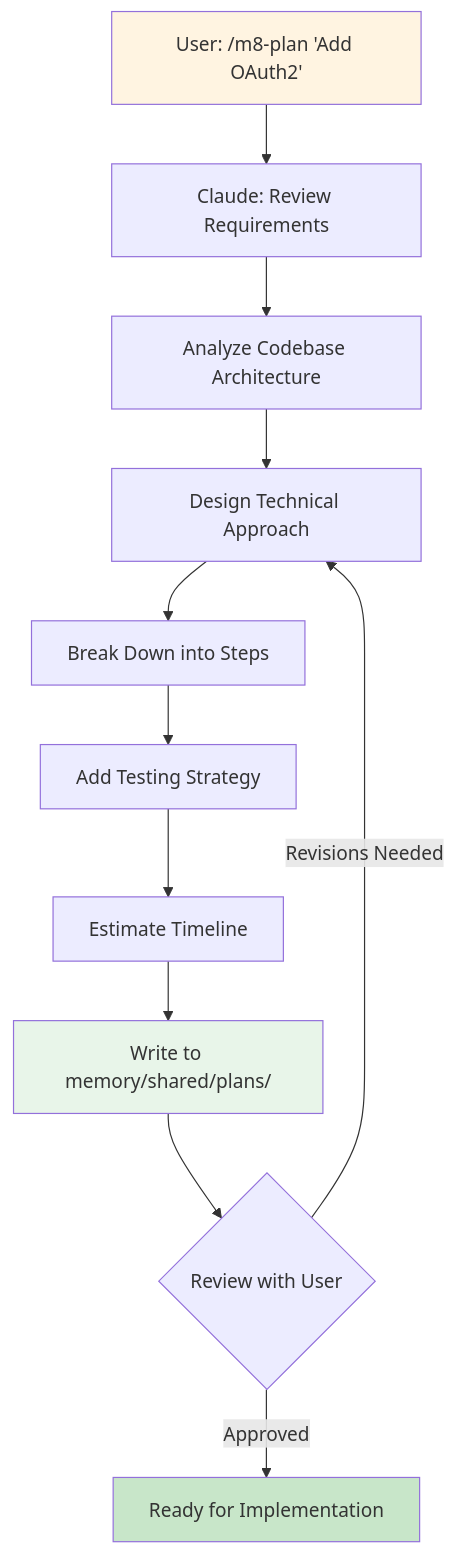
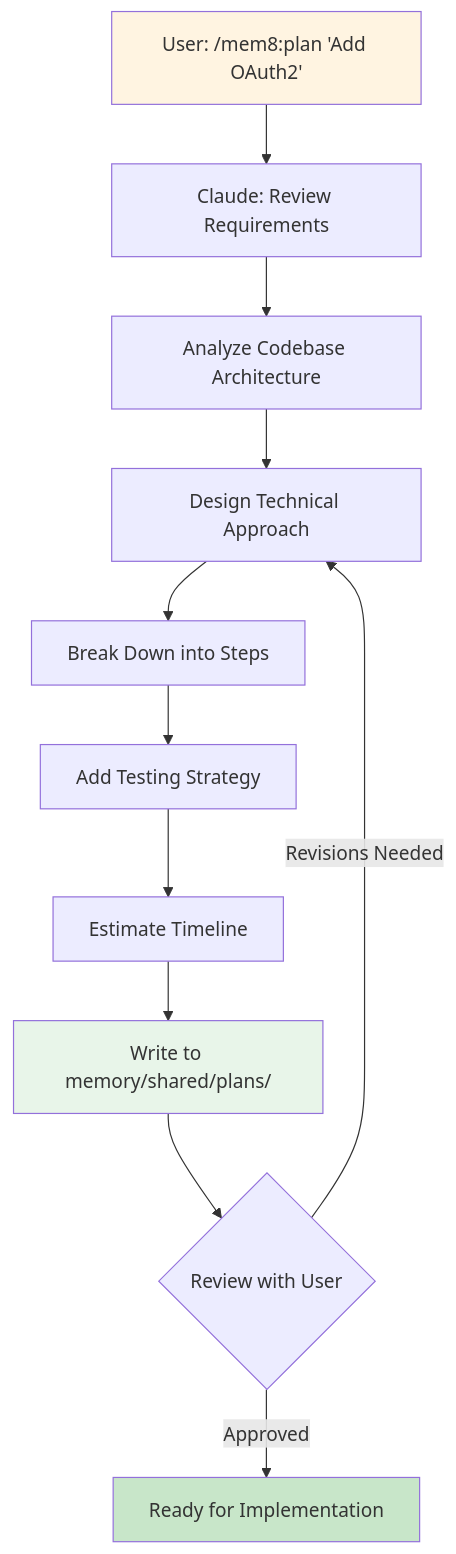
Before and after one commit to killerapp/mem8: the diagram in documentation/docs/workflows/plan.md, drawn with Mermaid. The commit also changed other lines of this file and 12 other files, not shown here.

````diff
--- a/documentation/docs/workflows/plan.md
+++ b/documentation/docs/workflows/plan.md
@@ -10,18 +10,18 @@
 ```mermaid
 graph TD
-    A[User: /m8-plan 'Add OAuth2'] --> B[Claude: Review Requirements]
+    A[User: /mem8:plan 'Add OAuth2'] --> B[Claude: Review Requirements]
     B --> C[Analyze Codebase Architecture]
     C --> D[Design Technical Approach]
     D --> E[Break Down into Steps]
     E --> F[Add Testing Strategy]
     F --> G[Estimate Timeline]
     G --> H[Write to memory/shared/plans/]
 
     H --> I{Review with User}
     I -->|Revisions Needed| D
     I -->|Approved| J[Ready for Implementation]
 
     style A fill:#fff4e1
     style H fill:#e8f5e9
     style J fill:#c8e6c9
 ```
````
